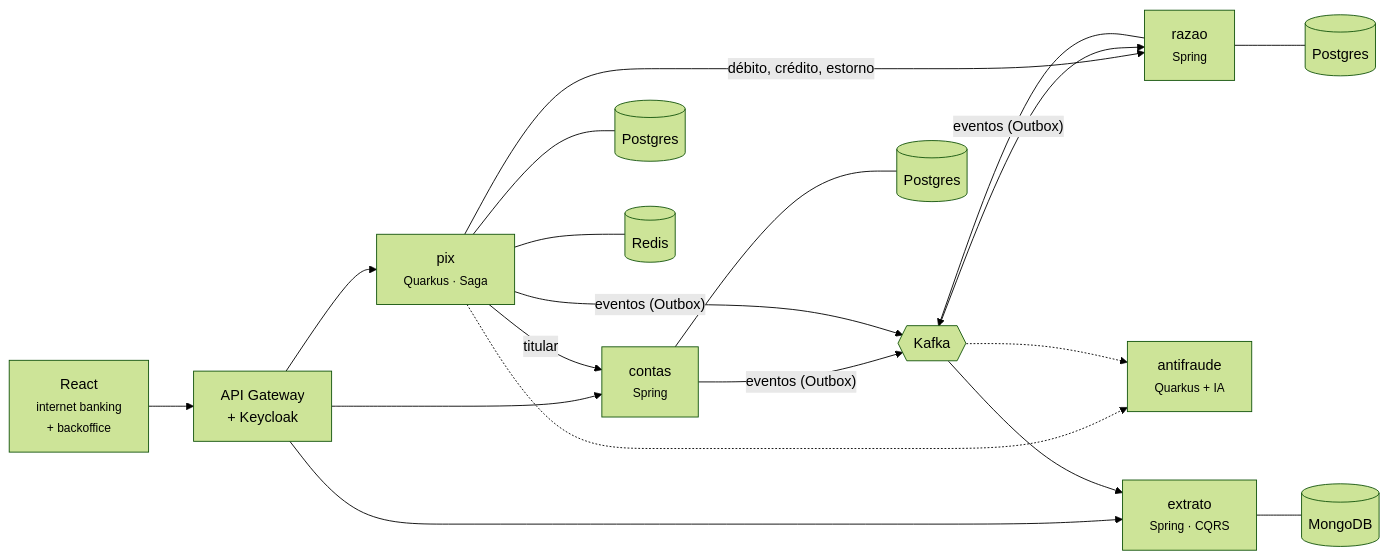
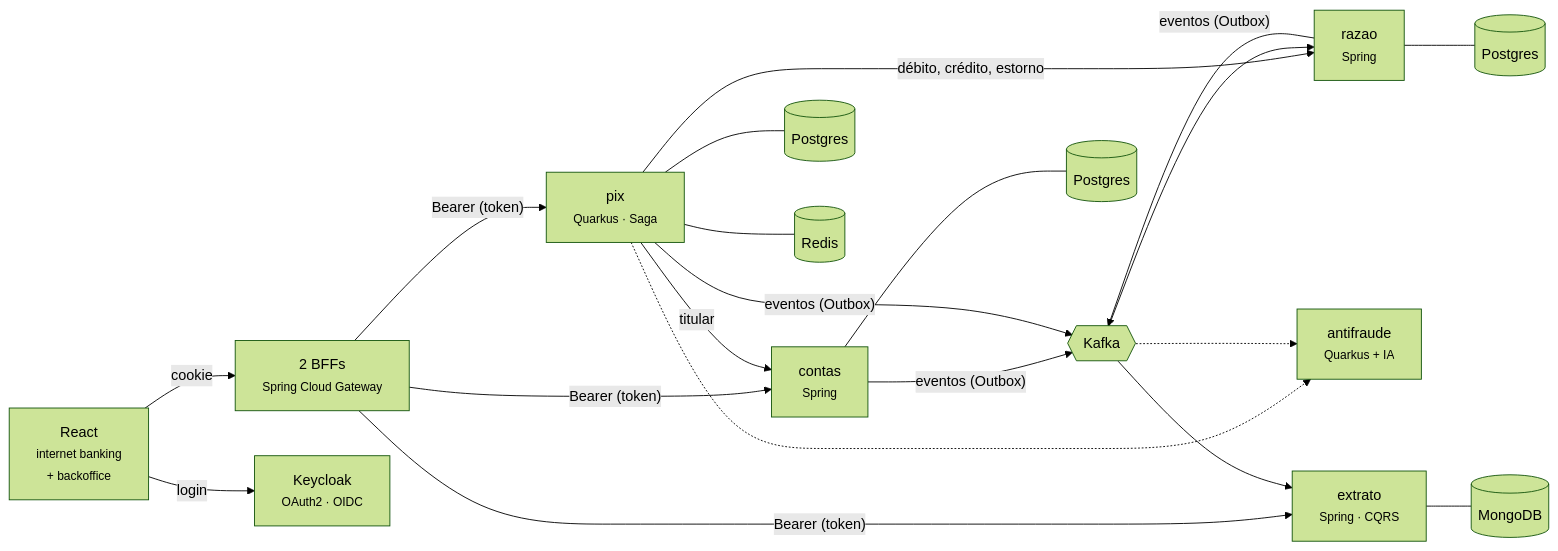
The diagram in README.md (alanjoffre/ledgerly-bank), drawn with Mermaid (forest theme) before and after one commit. The commit also changed other lines of this file and 210 other files, not shown here.

````diff
--- a/README.md
+++ b/README.md
@@ -50,15 +55,16 @@
 ```mermaid
 flowchart LR
-    web["React<br/><small>internet banking<br/>+ backoffice</small>"] --> gw["API Gateway<br/>+ Keycloak"]
-    gw --> contas["contas<br/><small>Spring</small>"] & pix["pix<br/><small>Quarkus · Saga</small>"] & extrato["extrato<br/><small>Spring · CQRS</small>"]
+    web["React<br/><small>internet banking<br/>+ backoffice</small>"] -- cookie --> gw["2 BFFs<br/><small>Spring Cloud Gateway</small>"]
+    web -- login --> kc["Keycloak<br/><small>OAuth2 · OIDC</small>"]
+    gw -- "Bearer (token)" --> contas["contas<br/><small>Spring</small>"] & pix["pix<br/><small>Quarkus · Saga</small>"] & extrato["extrato<br/><small>Spring · CQRS</small>"]
     pix -.-> antifraude["antifraude<br/><small>Quarkus + IA</small>"]
     pix -- "débito, crédito, estorno" --> razao["razao<br/><small>Spring</small>"]
     pix -- titular --> contas
     contas & razao & pix -- "eventos (Outbox)" --> kafka{{Kafka}}
     kafka --> razao & extrato
     kafka -.-> antifraude
     contas --- pg1[(Postgres)]
     razao --- pg2[(Postgres)]
     pix --- pg3[(Postgres)] & redis[(Redis)]
     extrato --- mongo[(MongoDB)]
 ```
````
